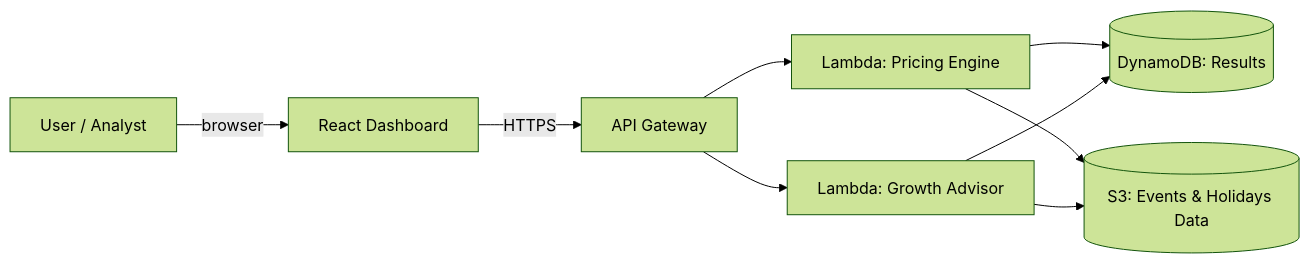
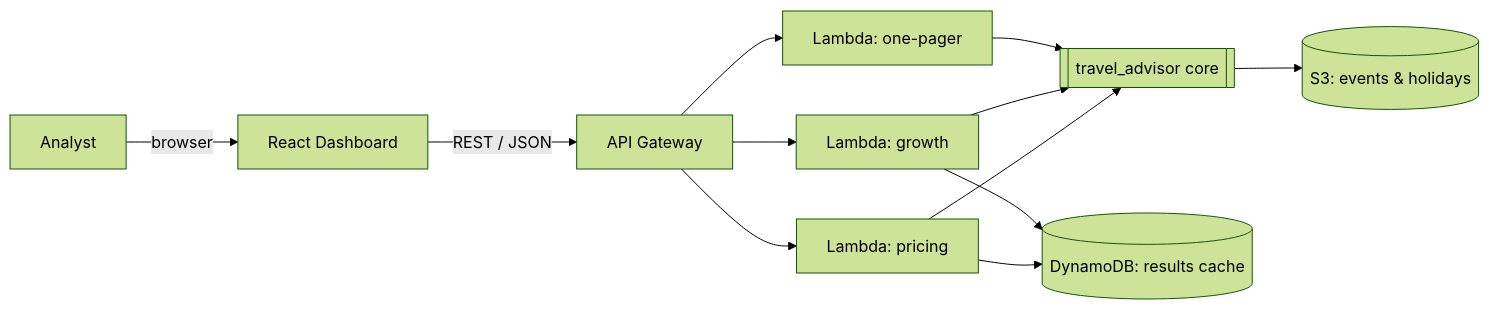
The diagram in README.md (lucamarzola8-dot/travel-pricing-growth-advisor), drawn with Mermaid (forest theme) before and after one commit. The commit also changed other lines of this file and 1 other file, not shown here.

First line of the commit message:
docs: Polish README with one-pager preview, API table, and lesson map

````diff
--- a/README.md
+++ b/README.md
@@ -39,11 +69,14 @@
 ```mermaid
 flowchart LR
-    U[User / Analyst] -->|browser| FE[React Dashboard]
-    FE -->|HTTPS| API[API Gateway]
-    API --> L1[Lambda: Pricing Engine]
-    API --> L2[Lambda: Growth Advisor]
-    L1 --> DDB[(DynamoDB: Results)]
-    L2 --> DDB
-    L1 --> S3[(S3: Events & Holidays Data)]
-    L2 --> S3
+    U[Analyst] -->|browser| FE[React Dashboard]
+    FE -->|REST / JSON| API[API Gateway]
+    API --> LP[Lambda: pricing]
+    API --> LG[Lambda: growth]
+    API --> LO[Lambda: one-pager]
+    LP --> CORE[[travel_advisor core]]
+    LG --> CORE
+    LO --> CORE
+    CORE --> S3[(S3: events & holidays)]
+    LP --> DDB[(DynamoDB: results cache)]
+    LG --> DDB
 ```
````
